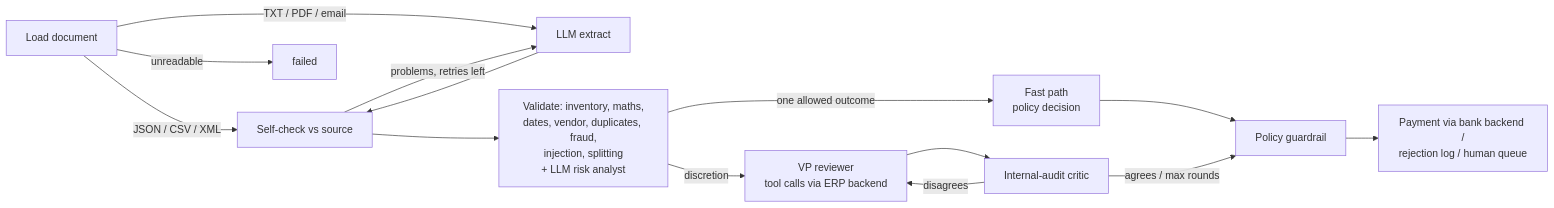
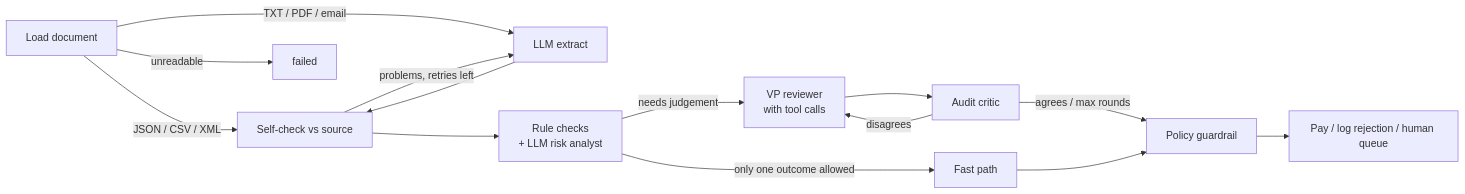
One commit to devyanshnegi/galatiq-case-invoices changed the diagram in README.md. Above: the diagram before and after it, drawn with Mermaid. The commit also changed other lines of this file and 2 other files, not shown here.

First line of the commit message:
Rubric-structured README; clearer Operations charts

````diff
--- a/README.md
+++ b/README.md
@@ -157,16 +126,16 @@
 ```mermaid
 flowchart LR
     load[Load document] -->|JSON / CSV / XML| qa
     load -->|TXT / PDF / email| extract[LLM extract]
     load -->|unreadable| failed
     extract --> qa[Self-check vs source]
     qa -->|problems, retries left| extract
-    qa --> validate[Validate: inventory, maths,<br/>dates, vendor, duplicates, fraud,<br/>injection, splitting<br/>+ LLM risk analyst]
-    validate -->|one allowed outcome| fast[Fast path<br/>policy decision]
-    fast --> guard
-    validate -->|discretion| review[VP reviewer<br/>tool calls via ERP backend]
-    review --> critic[Internal-audit critic]
+    qa --> validate[Rule checks<br/>+ LLM risk analyst]
+    validate -->|only one outcome allowed| fast[Fast path]
+    validate -->|needs judgement| review[VP reviewer<br/>with tool calls]
+    review --> critic[Audit critic]
     critic -->|disagrees| review
     critic -->|agrees / max rounds| guard[Policy guardrail]
-    guard --> pay[Payment via bank backend /<br/>rejection log / human queue]
+    fast --> guard
+    guard --> pay[Pay / log rejection / human queue]
 ```
````
